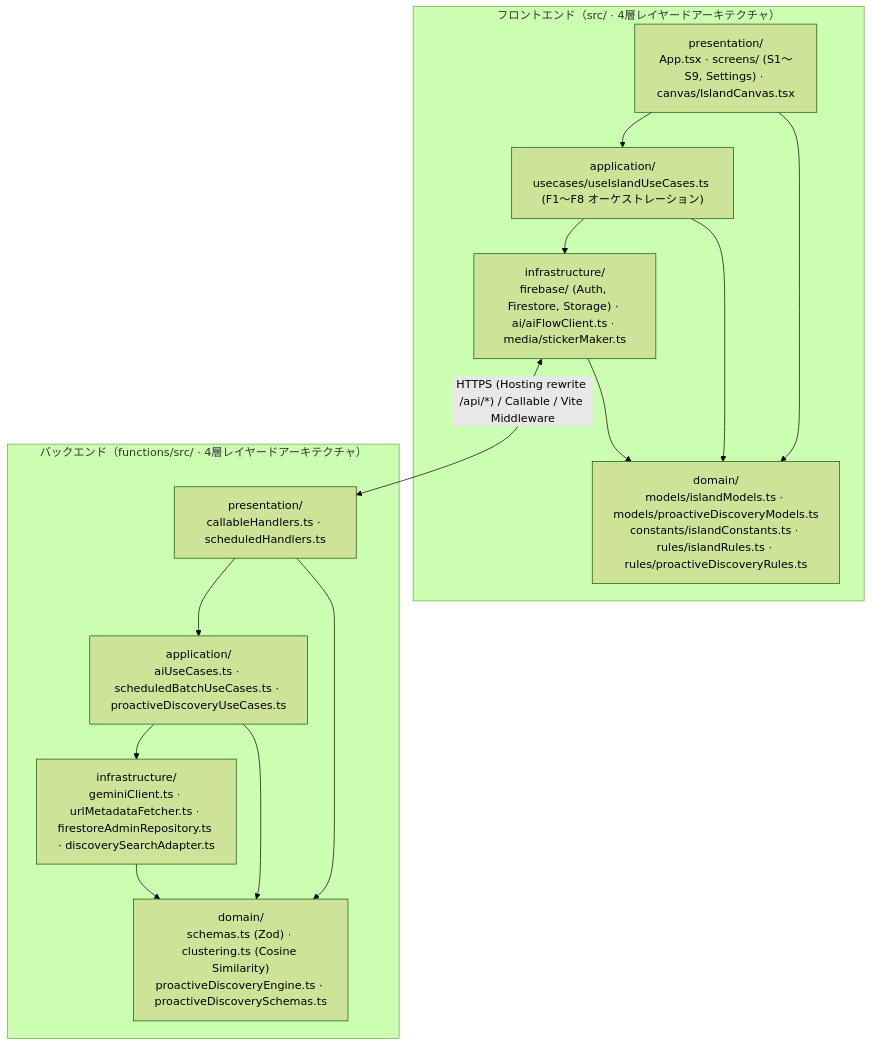
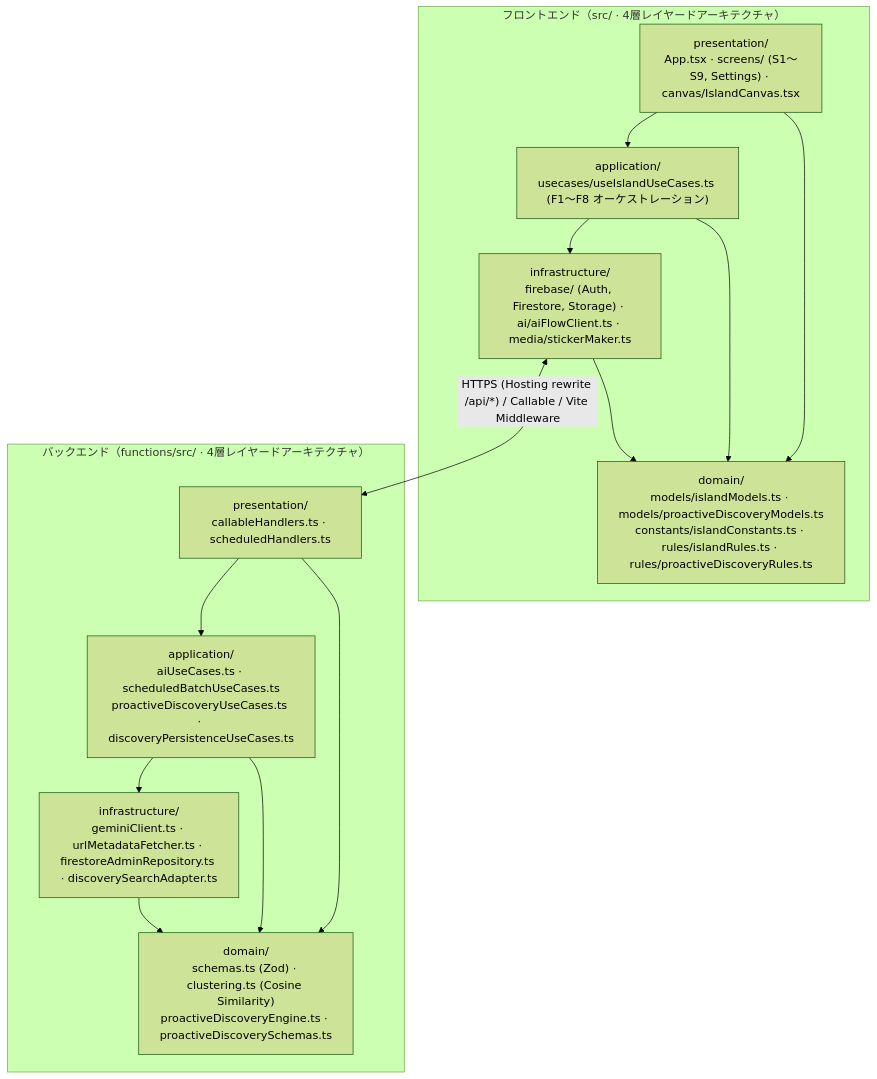
One commit to Devfest-Hackathon-2026/df-2026-t118 changed the diagram in docs/architecture.md. Above: the diagram before and after it, drawn with Mermaid (forest theme). The commit also changed other lines of this file and 10 other files, not shown here.

````diff
--- a/docs/architecture.md
+++ b/docs/architecture.md
@@ -21,30 +21,30 @@
 ```mermaid
 flowchart TB
     subgraph FE["フロントエンド（src/ · 4層レイヤードアーキテクチャ）"]
         FE_PRES["presentation/<br>App.tsx · screens/ (S1〜S9, Settings) · canvas/IslandCanvas.tsx"]
         FE_APP["application/<br>usecases/useIslandUseCases.ts (F1〜F8 オーケストレーション)"]
         FE_INFRA["infrastructure/<br>firebase/ (Auth, Firestore, Storage) · ai/aiFlowClient.ts · media/stickerMaker.ts"]
         FE_DOM["domain/<br>models/islandModels.ts · models/proactiveDiscoveryModels.ts<br>constants/islandConstants.ts · rules/islandRules.ts · rules/proactiveDiscoveryRules.ts"]
     end
 
     subgraph BE["バックエンド（functions/src/ · 4層レイヤードアーキテクチャ）"]
         BE_PRES["presentation/<br>callableHandlers.ts · scheduledHandlers.ts"]
-        BE_APP["application/<br>aiUseCases.ts · scheduledBatchUseCases.ts · proactiveDiscoveryUseCases.ts"]
+        BE_APP["application/<br>aiUseCases.ts · scheduledBatchUseCases.ts<br>proactiveDiscoveryUseCases.ts · discoveryPersistenceUseCases.ts"]
         BE_INFRA["infrastructure/<br>geminiClient.ts · urlMetadataFetcher.ts · firestoreAdminRepository.ts · discoverySearchAdapter.ts"]
         BE_DOM["domain/<br>schemas.ts (Zod) · clustering.ts (Cosine Similarity)<br>proactiveDiscoveryEngine.ts · proactiveDiscoverySchemas.ts"]
     end
 
     FE_PRES --> FE_APP
     FE_PRES --> FE_DOM
     FE_APP --> FE_DOM
     FE_APP --> FE_INFRA
     FE_INFRA --> FE_DOM
 
     FE_INFRA <-->|"HTTPS (Hosting rewrite /api/*) / Callable / Vite Middleware"| BE_PRES
 
     BE_PRES --> BE_APP
     BE_PRES --> BE_DOM
     BE_APP --> BE_DOM
     BE_APP --> BE_INFRA
     BE_INFRA --> BE_DOM
 ```
````
